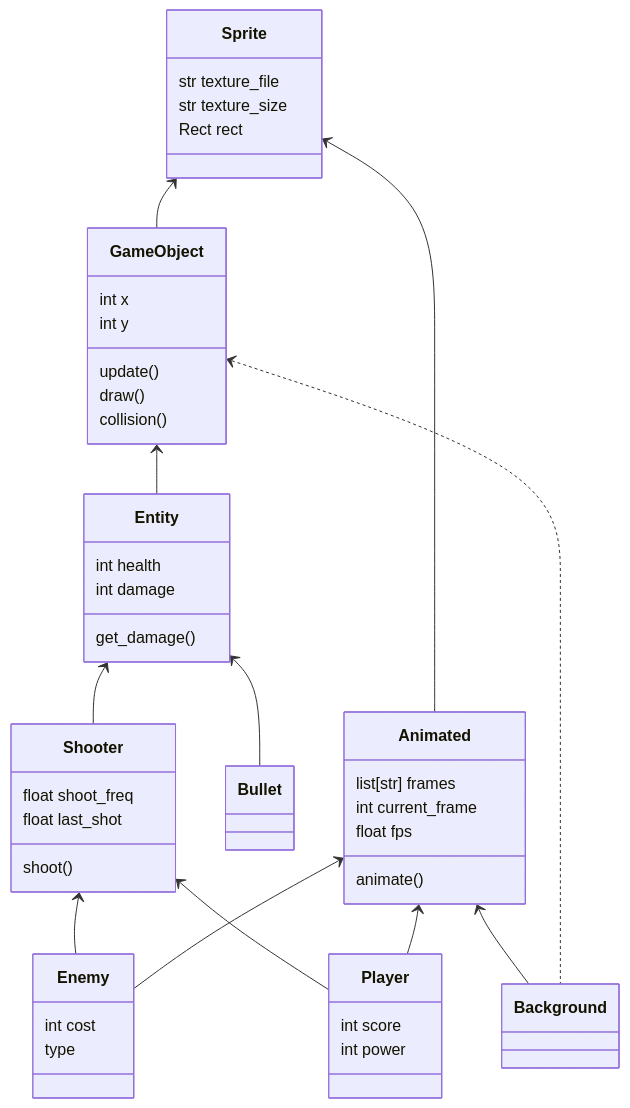
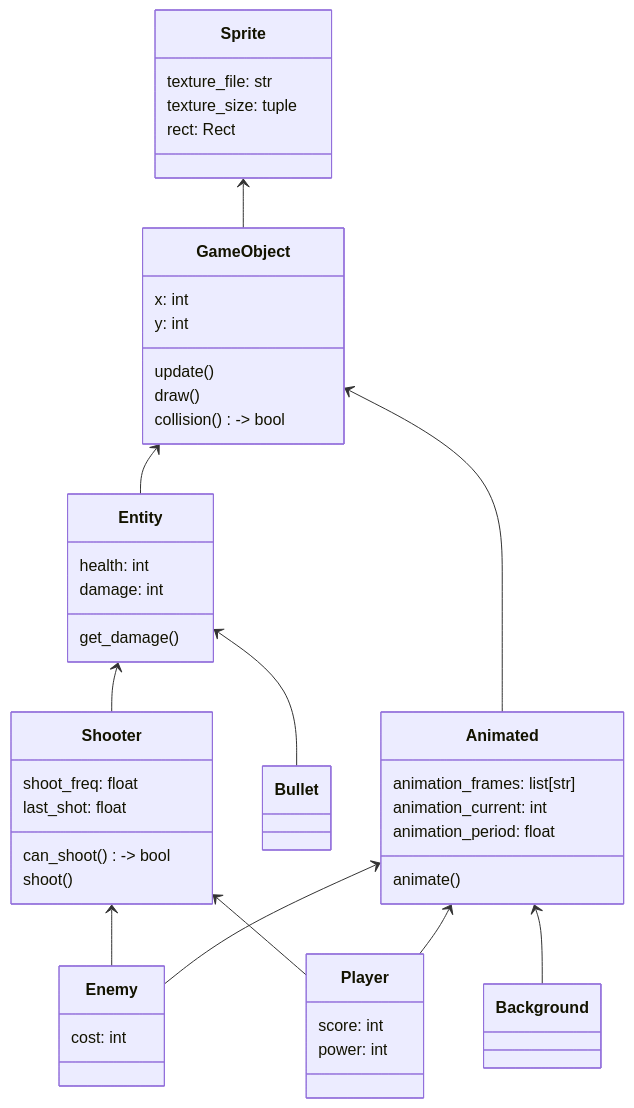
One commit to Virashu/danmaku changed the second of 2 diagrams in docs/mecs.md. Above: the diagram before and after it, drawn with Mermaid. The commit also changed 4 other files, not shown here.

````diff
--- a/docs/mecs.md
+++ b/docs/mecs.md
@@ -74,57 +74,56 @@
 ```mermaid
 classDiagram
   Sprite <-- GameObject
   GameObject <-- Entity
   Shooter <-- Enemy
   Shooter <-- Player
   Entity <-- Bullet
   Animated <-- Player
   Animated <-- Enemy
-  Sprite <-- Animated
+  GameObject <-- Animated
   Animated <-- Background
-  GameObject <.. Background
   Entity <-- Shooter
 
   class Sprite {
-    str texture_file
-    str texture_size
-    Rect rect
+    texture_file: str
+    texture_size: tuple
+    rect: Rect
   }
   class GameObject {
-    int x
-    int y
+    x: int
+    y: int
     update()
     draw()
-    collision()
+    collision() -> bool
   }
   class Entity {
-    int health
-    int damage
+    health: int
+    damage: int
     get_damage()
   }
   class Shooter {
-    float shoot_freq
-    float last_shot
+    shoot_freq: float
+    last_shot: float
+    can_shoot() -> bool
     shoot()
   }
   class Player {
-    int score
-    int power
+    score: int
+    power: int
   }
   class Enemy {
-    int cost
-    type
+    cost: int
   }
   class Animated {
-    list[str] frames
-    int current_frame
-    float fps
+    animation_frames: list[str]
+    animation_current: int
+    animation_period: float
     animate()
   }
   class Bullet {
     
   }
   class Background {
 
   }
 ```
````
